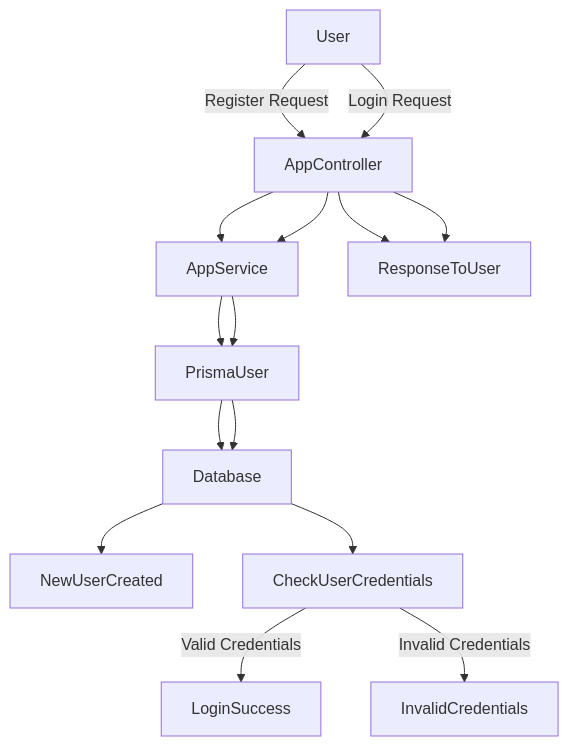
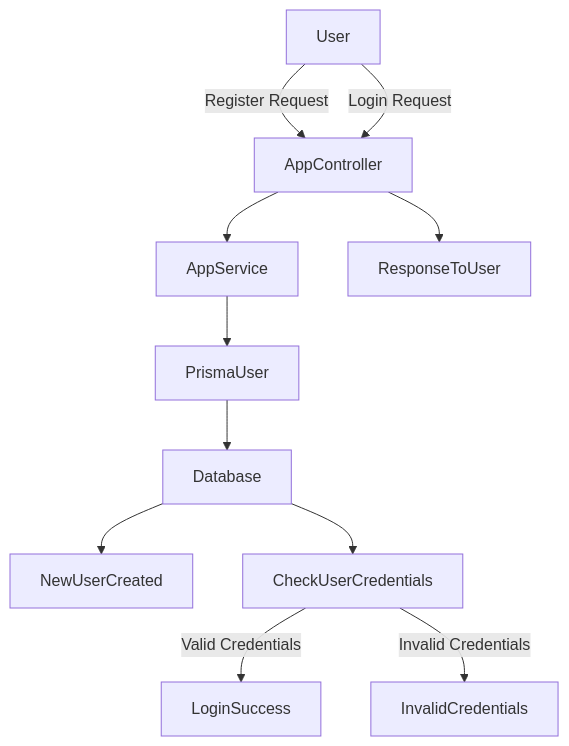
Before and after one commit to yogiamma16/LAB_BACKEND_YOGI-A.AMMAH: the diagram in README.md, drawn with Mermaid.

````diff
--- a/README.md
+++ b/README.md
@@ -68,19 +68,15 @@
 ```mermaid
 flowchart TD
     User -->|Register Request| AppController
+    User -->|Login Request| AppController
     AppController --> AppService
     AppService --> PrismaUser
     PrismaUser --> Database
     Database --> NewUserCreated
-    AppController --> ResponseToUser
-
-    User -->|Login Request| AppController
-    AppController --> AppService
-    AppService --> PrismaUser
-    PrismaUser --> Database
     Database --> CheckUserCredentials
     CheckUserCredentials -->|Valid Credentials| LoginSuccess
     CheckUserCredentials -->|Invalid Credentials| InvalidCredentials
     AppController --> ResponseToUser
 
+
 ```
````
